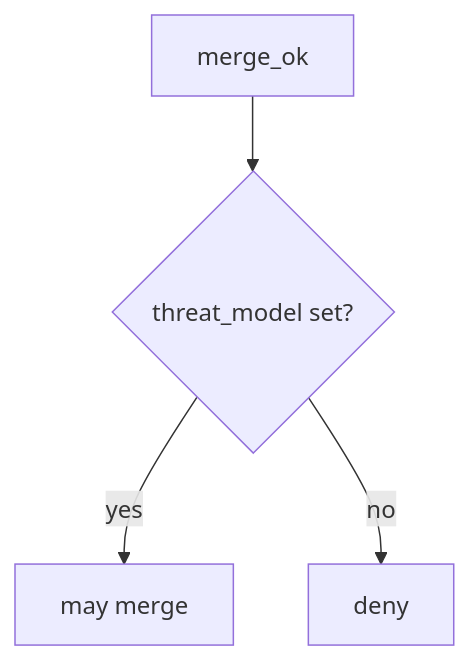
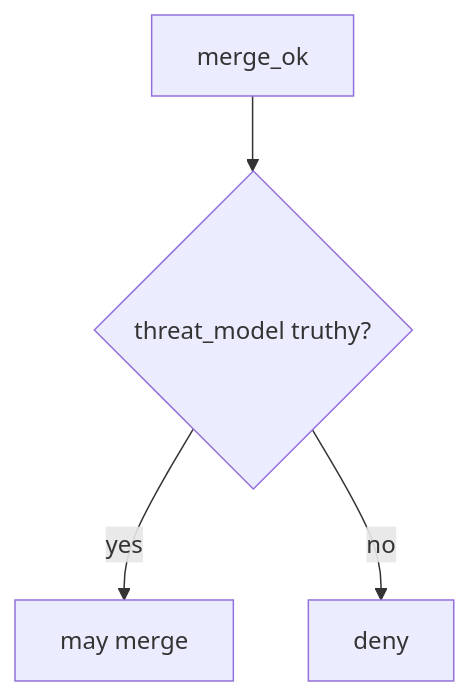
The diagram in content/modules/10/10.1/lessons/04-build.md (ishitvagoel/LearnSecurity), drawn with Mermaid before and after one commit. The commit also changed other lines of this file and 28 other files, not shown here.

````diff
--- a/content/modules/10/10.1/lessons/04-build.md
+++ b/content/modules/10/10.1/lessons/04-build.md
@@ -13,6 +15,6 @@
 ```mermaid
 flowchart TD
-  Call[merge_ok] --> Tm{threat_model set?}
+  Call[merge_ok] --> Tm{"threat_model truthy?"}
   Tm -->|yes| Allow[may merge]
   Tm -->|no| Deny[deny]
 ```
````
